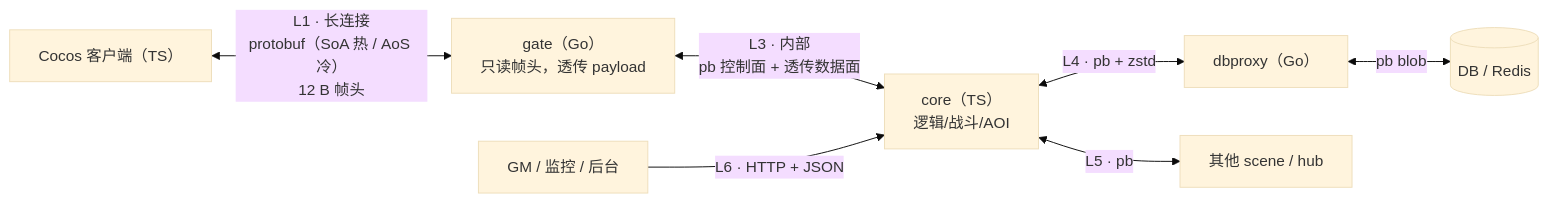
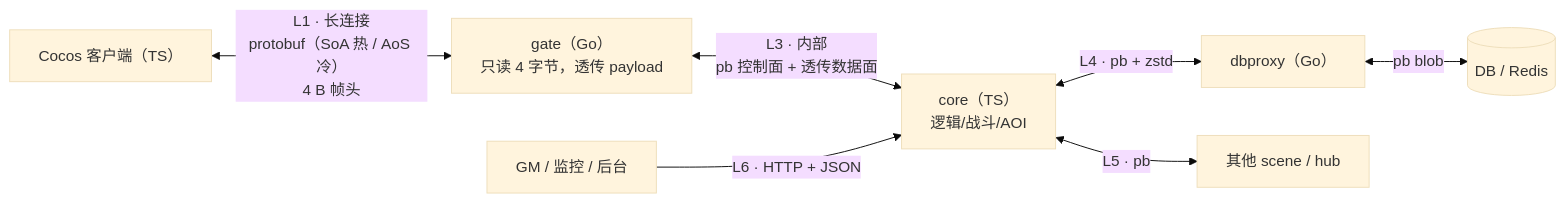
The diagram in docs/protocol-map.md (qianqians/meter), drawn with Mermaid (base theme) before and after one commit. The commit also changed other lines of this file and 26 other files, not shown here.

````diff
--- a/docs/protocol-map.md
+++ b/docs/protocol-map.md
@@ -53,9 +53,9 @@
 ```mermaid
 flowchart LR
-  C["Cocos 客户端（TS）"] <-->|"L1 · 长连接<br/>protobuf（SoA 热 / AoS 冷）<br/>12 B 帧头"| G["gate（Go）<br/>只读帧头，透传 payload"]
+  C["Cocos 客户端（TS）"] <-->|"L1 · 长连接<br/>protobuf（SoA 热 / AoS 冷）<br/>4 B 帧头"| G["gate（Go）<br/>只读 4 字节，透传 payload"]
   G <-->|"L3 · 内部<br/>pb 控制面 + 透传数据面"| K["core（TS）<br/>逻辑/战斗/AOI"]
   K <-->|"L4 · pb + zstd"| D["dbproxy（Go）"]
   K <-->|"L5 · pb"| K2["其他 scene / hub"]
   D <-->|"pb blob"| DB[("DB / Redis")]
   M["GM / 监控 / 后台"] -->|"L6 · HTTP + JSON"| K
 ```
````
